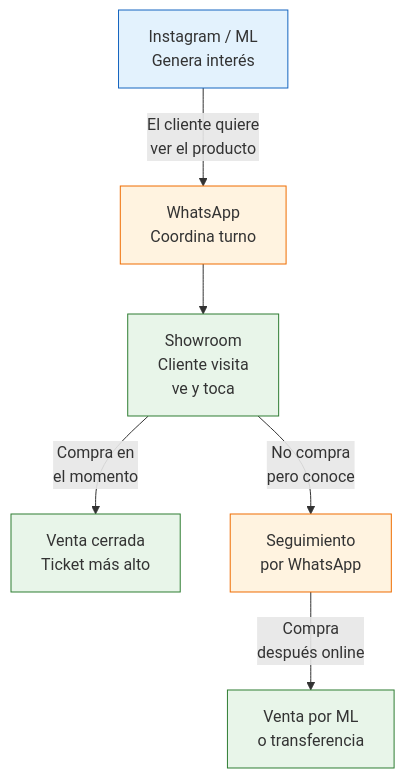
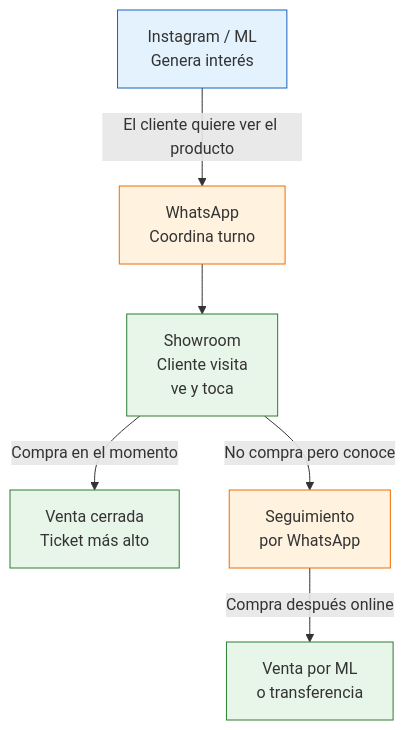
Before and after one commit to barrosignacioezequiel-coder/docs: the diagram in app/paso1-argentina/crecer-gestionar/showroom-online-combo.mdx, drawn with Mermaid. The commit also changed 10 other files, not shown here.

First line of the commit message:
fix: remove <br/> from Mermaid edge labels causing list errors

````diff
--- a/app/paso1-argentina/crecer-gestionar/showroom-online-combo.mdx
+++ b/app/paso1-argentina/crecer-gestionar/showroom-online-combo.mdx
@@ -22,15 +22,15 @@
 ```mermaid
 graph TD
-    A["Instagram / ML<br/>Genera interés"] -->|"El cliente quiere<br/>ver el producto"| B["WhatsApp<br/>Coordina turno"]
+    A["Instagram / ML<br/>Genera interés"] -->|"El cliente quiere ver el producto"| B["WhatsApp<br/>Coordina turno"]
     B --> C["Showroom<br/>Cliente visita<br/>ve y toca"]
-    C -->|"Compra en<br/>el momento"| D["Venta cerrada<br/>Ticket más alto"]
-    C -->|"No compra<br/>pero conoce"| E["Seguimiento<br/>por WhatsApp"]
-    E -->|"Compra<br/>después online"| F["Venta por ML<br/>o transferencia"]
+    C -->|"Compra en el momento"| D["Venta cerrada<br/>Ticket más alto"]
+    C -->|"No compra pero conoce"| E["Seguimiento<br/>por WhatsApp"]
+    E -->|"Compra después online"| F["Venta por ML<br/>o transferencia"]
 
     style A fill:#e3f2fd,stroke:#1565c0
     style B fill:#fff3e0,stroke:#ef6c00
     style C fill:#e8f5e9,stroke:#2e7d32
     style D fill:#e8f5e9,stroke:#2e7d32
     style E fill:#fff3e0,stroke:#ef6c00
     style F fill:#e8f5e9,stroke:#2e7d32
 ```
````
